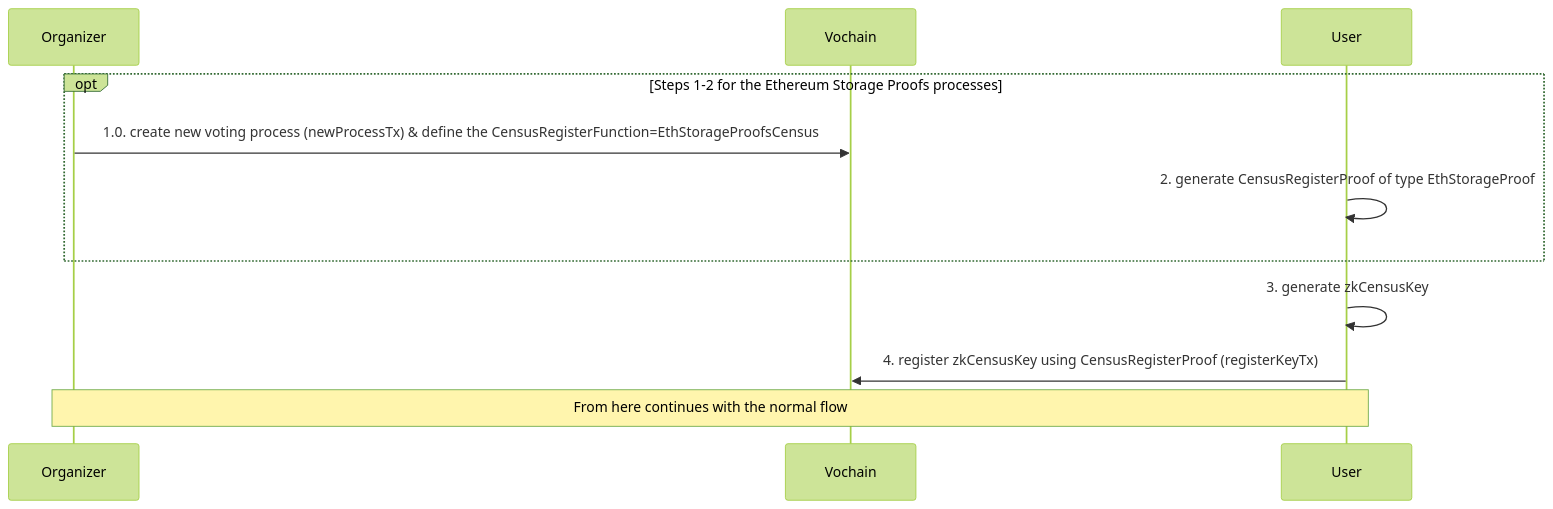
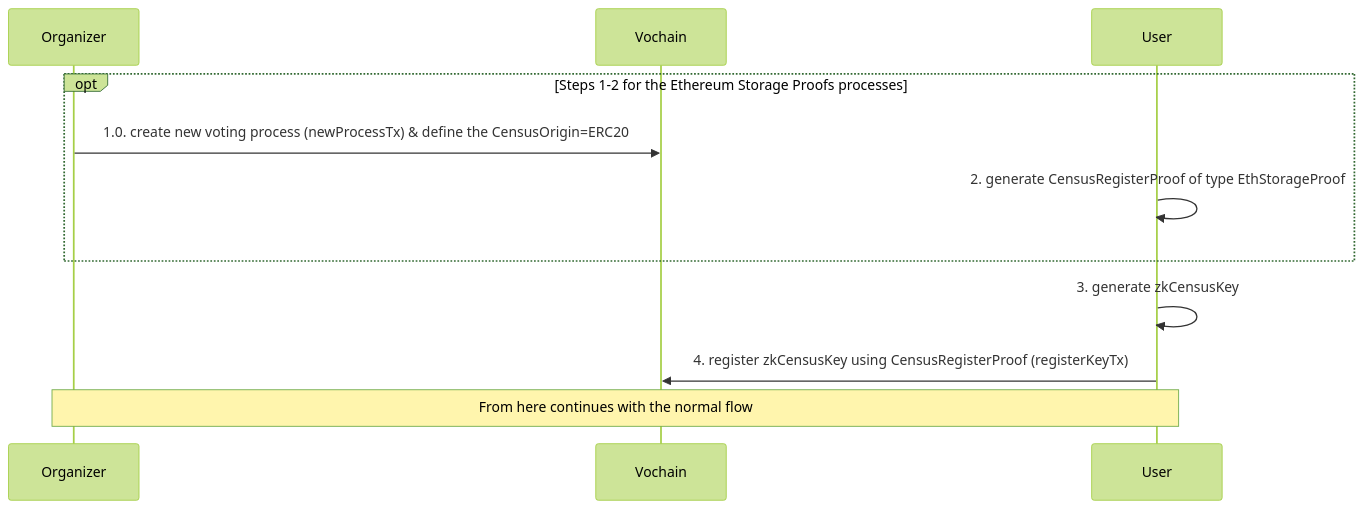
Before and after one commit to vocdoni/docs: the third of 3 diagrams in src/architecture/protocol/anonymous-voting/zk-census-proof.md, drawn with Mermaid. The commit also changed other lines of this file and 2 other files, not shown here.

First line of the commit message:
Add process flag preRegister &update zk-census doc (#56)

````diff
--- a/src/architecture/protocol/anonymous-voting/zk-census-proof.md
+++ b/src/architecture/protocol/anonymous-voting/zk-census-proof.md
@@ -183,12 +185,12 @@
 ```mermaid
 %%{init: {'theme':'forest'}}%%
 
 sequenceDiagram
 opt Steps 1-2 for the Ethereum Storage Proofs processes
-  Organizer->>Vochain: 1.0. create new voting process (newProcessTx) & define the CensusRegisterFunction=EthStorageProofsCensus
+  Organizer->>Vochain: 1.0. create new voting process (newProcessTx) & define the CensusOrigin=ERC20
   User->>User: 2. generate CensusRegisterProof of type EthStorageProof
 end
 User->>User: 3. generate zkCensusKey
 User->>Vochain: 4. register zkCensusKey using CensusRegisterProof (registerKeyTx)
 Note over Organizer,User: From here continues with the normal flow
 ```
````
